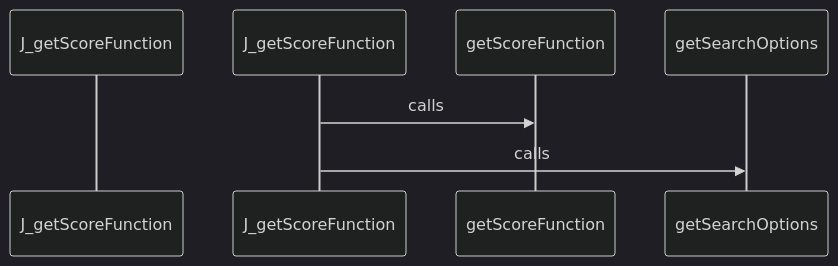
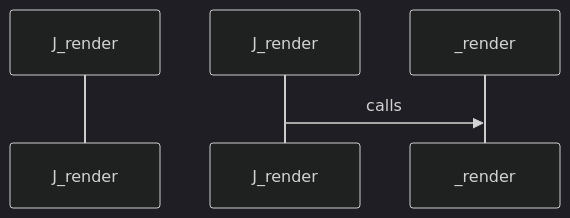
Diagram 22 of 28 in docs/CALL_FLOW.md (hazalkoom/DECODEx01), drawn with Mermaid (dark theme) before and after one commit. The commit also changed other lines of this file and 6 other files, not shown here.

Commit message:
feat: NLG heuristic improvements - stricter schema matching, python decorator parsing, utility path pruning

````diff
--- a/docs/CALL_FLOW.md
+++ b/docs/CALL_FLOW.md
@@ -745,13 +919,9 @@
 ```mermaid
 sequenceDiagram
-    participant Start as J_getScoreFunction
+    participant Start as J_render
 
 
-    J_getScoreFunction->>getScoreFunction: calls
-
-
-
-    J_getScoreFunction->>getSearchOptions: calls
+    J_render->>_render: calls
 
 
 ```
````
